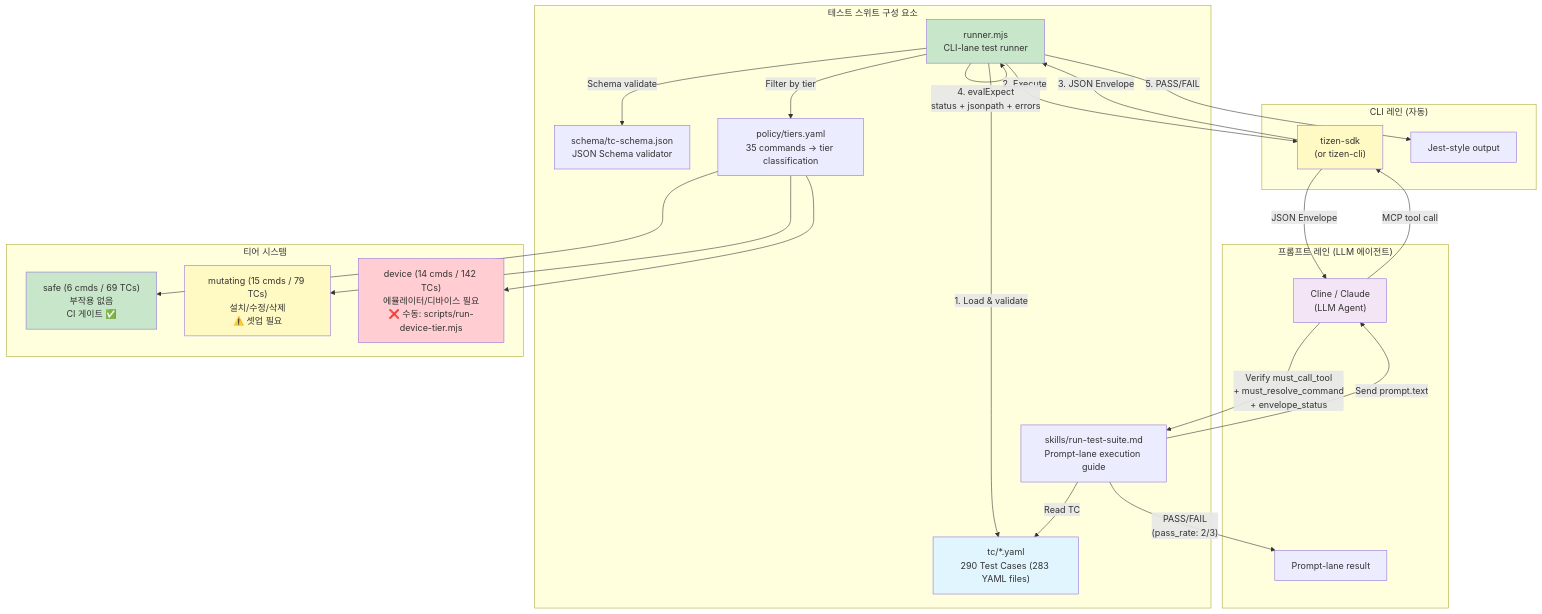
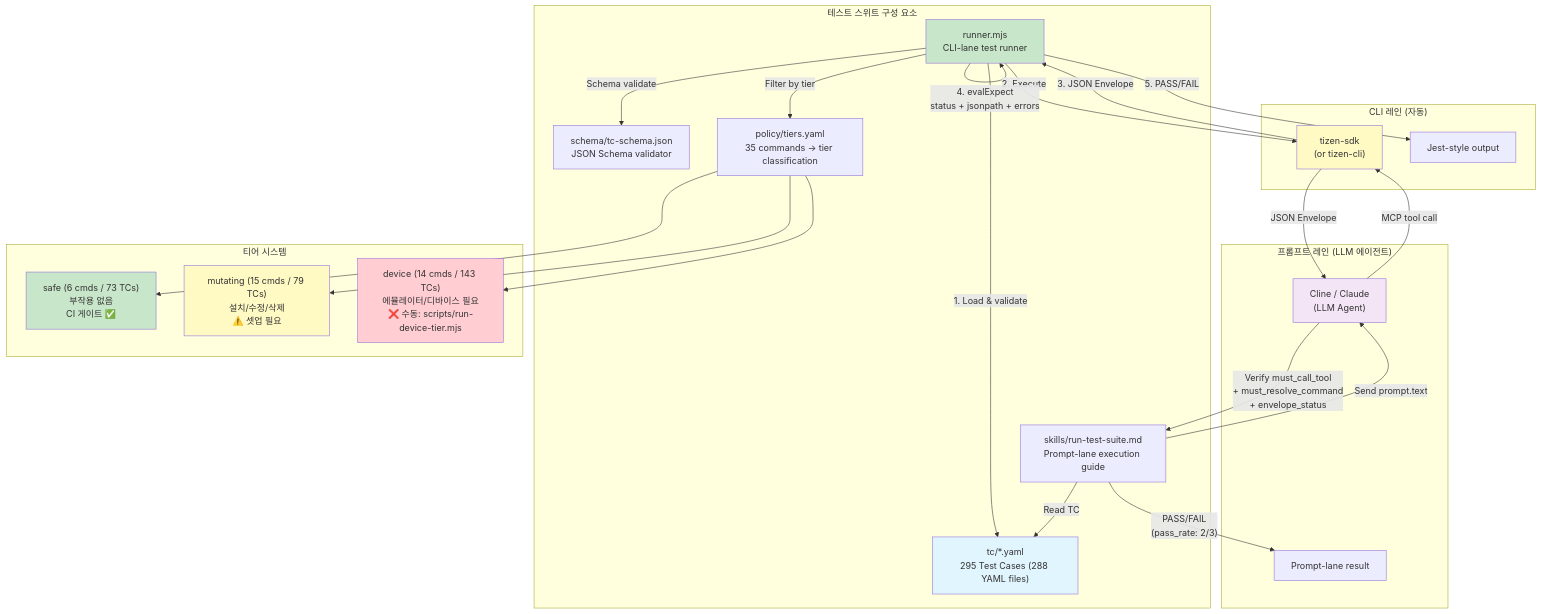
Before and after one commit to Samsung/tizen-agent-skills: the first of 4 diagrams in tizen-sdk-skills/tests/README.ko.md, drawn with Mermaid. The commit also changed other lines of this file and 91 other files, not shown here.

````diff
--- a/tizen-sdk-skills/tests/README.ko.md
+++ b/tizen-sdk-skills/tests/README.ko.md
@@ -11,46 +11,46 @@
 ```mermaid
 graph TB
     subgraph "테스트 스위트 구성 요소"
-        TC["tc/*.yaml<br/>290 Test Cases (283 YAML files)"]
+        TC["tc/*.yaml<br/>295 Test Cases (288 YAML files)"]
         SCHEMA["schema/tc-schema.json<br/>JSON Schema validator"]
         POLICY["policy/tiers.yaml<br/>35 commands → tier classification"]
         RUNNER["runner.mjs<br/>CLI-lane test runner"]
         SKILLS["skills/run-test-suite.md<br/>Prompt-lane execution guide"]
     end
 
     subgraph "CLI 레인 (자동)"
         RUNNER -->|"1. Load & validate"| TC
         RUNNER -->|"Schema validate"| SCHEMA
         RUNNER -->|"Filter by tier"| POLICY
         RUNNER -->|"2. Execute"| PLUGIN["tizen-sdk<br/>(or tizen-cli)"]
         PLUGIN -->|"3. JSON Envelope"| RUNNER
         RUNNER -->|"4. evalExpect<br/>status + jsonpath + errors"| RUNNER
         RUNNER -->|"5. PASS/FAIL"| RESULT["Jest-style output"]
     end
 
     subgraph "프롬프트 레인 (LLM 에이전트)"
         SKILLS -->|"Read TC"| TC
         SKILLS -->|"Send prompt.text"| LLM["Cline / Claude<br/>(LLM Agent)"]
         LLM -->|"MCP tool call"| PLUGIN
         PLUGIN -->|"JSON Envelope"| LLM
         LLM -->|"Verify must_call_tool<br/>+ must_resolve_command<br/>+ envelope_status"| SKILLS
         SKILLS -->|"PASS/FAIL<br/>(pass_rate: 2/3)"| RESULT2["Prompt-lane result"]
     end
 
     subgraph "티어 시스템"
-        SAFE["safe (6 cmds / 69 TCs)<br/>부작용 없음<br/>CI 게이트 ✅"]
+        SAFE["safe (6 cmds / 73 TCs)<br/>부작용 없음<br/>CI 게이트 ✅"]
         MUTATING["mutating (15 cmds / 79 TCs)<br/>설치/수정/삭제<br/>⚠️ 셋업 필요"]
-        DEVICE["device (14 cmds / 142 TCs)<br/>에뮬레이터/디바이스 필요<br/>❌ 수동: scripts/run-device-tier.mjs"]
+        DEVICE["device (14 cmds / 143 TCs)<br/>에뮬레이터/디바이스 필요<br/>❌ 수동: scripts/run-device-tier.mjs"]
         POLICY --> SAFE
         POLICY --> MUTATING
         POLICY --> DEVICE
     end
 
     style TC fill:#e1f5fe
     style RUNNER fill:#c8e6c9
     style PLUGIN fill:#fff9c4
     style LLM fill:#f3e5f5
     style SAFE fill:#c8e6c9
     style MUTATING fill:#fff9c4
     style DEVICE fill:#ffcdd2
 ```
````
